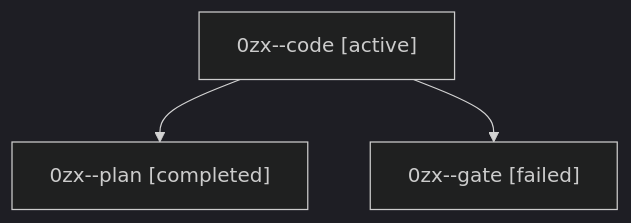
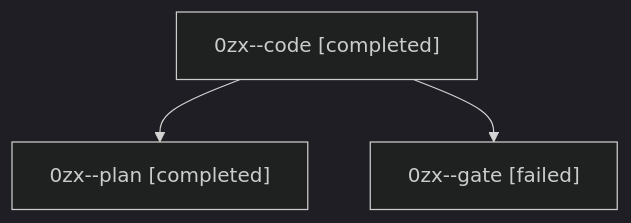
One commit to bobs-org/bob-cli--agents changed the diagram in sessions/bbugyi200.athena.0zx.md. Above: the diagram before and after it, drawn with Mermaid (dark theme). The commit also changed other lines of this file and 31 other files, not shown here.

````diff
--- a/sessions/bbugyi200.athena.0zx.md
+++ b/sessions/bbugyi200.athena.0zx.md
@@ -9,8 +9,8 @@
 ```mermaid
 flowchart TD
-  n0["0zx--code [active]"]
+  n0["0zx--code [completed]"]
   n1["0zx--plan [completed]"]
   n0 --> n1
   n2["0zx--gate [failed]"]
   n0 --> n2
 ```
````
